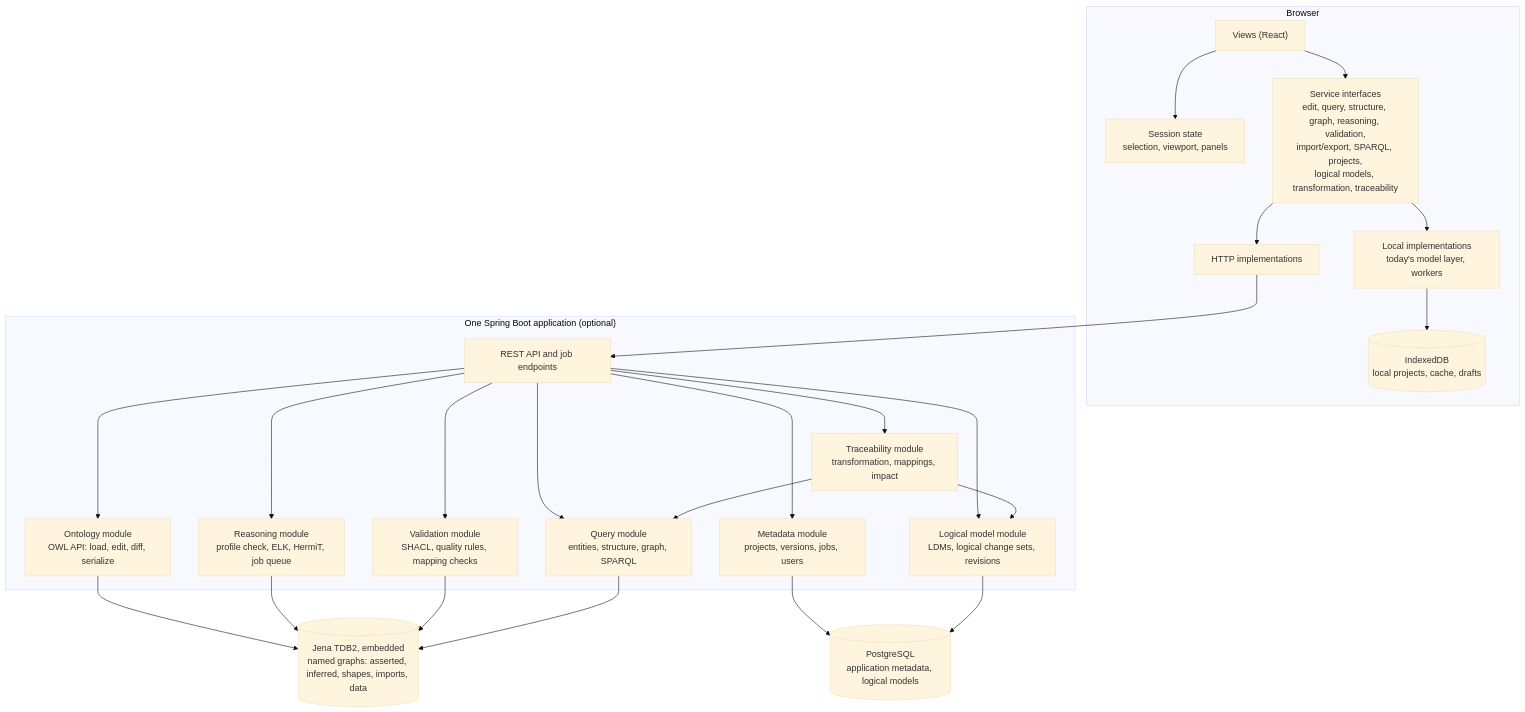
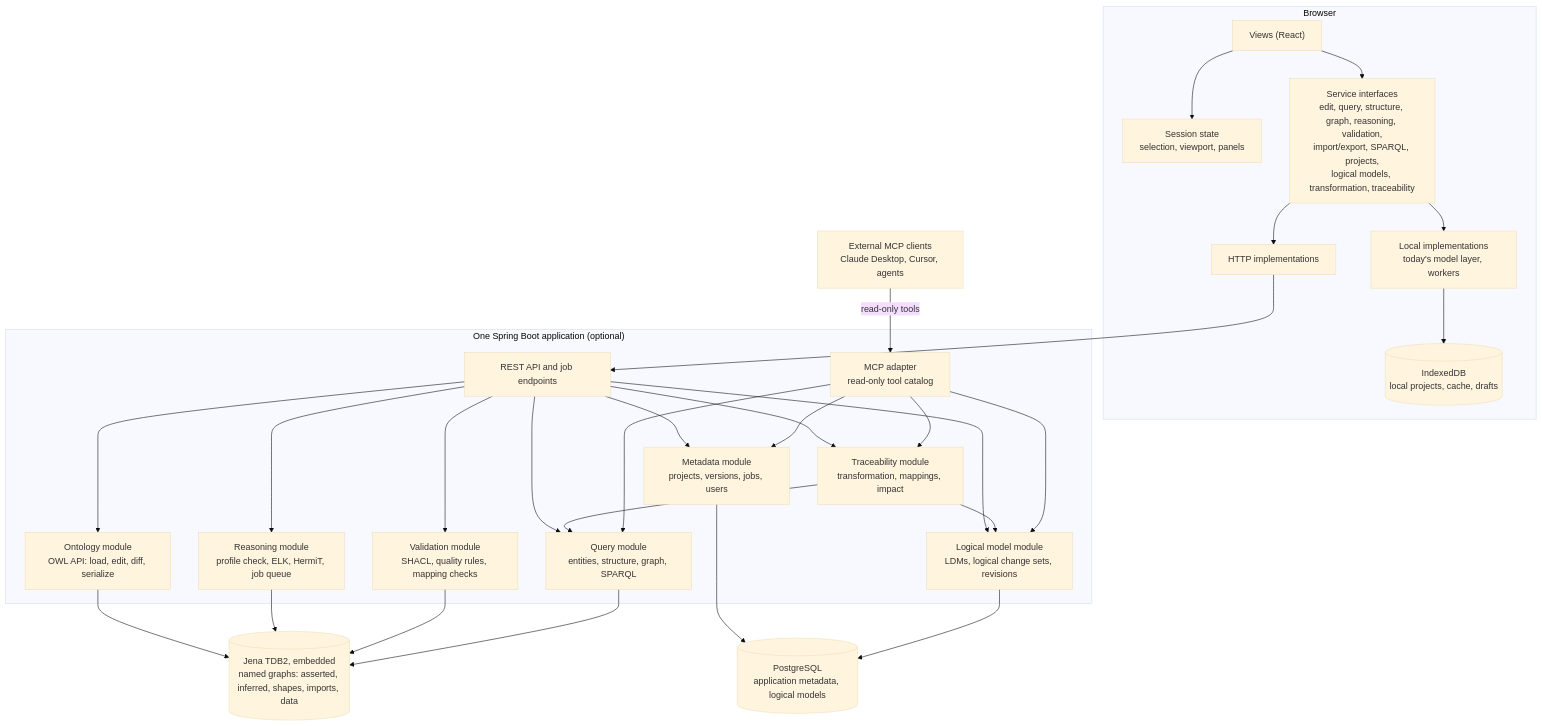
Before and after one commit to chestnzu1/conceptweaver: the second of 13 diagrams in docs/SYSTEM_ARCHITECTURE.md, drawn with Mermaid (base theme). The commit also changed other lines of this file and 81 other files, not shown here.

First line of the commit message:
Update mode, several diagrams and custom rules; element types in the LDM Entities workspace; a read-only MCP server on the roadmap; and Spring Boot parity for the OWL service (roadmap 2.12, 2.13, 5.8 docs, 3.1, 3.2)

````diff
--- a/docs/SYSTEM_ARCHITECTURE.md
+++ b/docs/SYSTEM_ARCHITECTURE.md
@@ -145,44 +145,51 @@
 ```mermaid
 flowchart TB
   subgraph Browser["Browser"]
     Views["Views (React)"]
     Session["Session state<br/>selection, viewport, panels"]
     Ports["Service interfaces<br/>edit, query, structure, graph, reasoning, validation,<br/>import/export, SPARQL, projects,<br/>logical models, transformation, traceability"]
     LocalImpl["Local implementations<br/>today's model layer, workers"]
     HttpImpl["HTTP implementations"]
     IDB[("IndexedDB<br/>local projects, cache, drafts")]
   end
+  McpClient["External MCP clients<br/>Claude Desktop, Cursor, agents"]
   subgraph Server["One Spring Boot application (optional)"]
     Api["REST API and job endpoints"]
+    Mcp["MCP adapter<br/>read-only tool catalog"]
     Onto["Ontology module<br/>OWL API: load, edit, diff, serialize"]
     Reason["Reasoning module<br/>profile check, ELK, HermiT, job queue"]
     Valid["Validation module<br/>SHACL, quality rules, mapping checks"]
     Query["Query module<br/>entities, structure, graph, SPARQL"]
     Meta["Metadata module<br/>projects, versions, jobs, users"]
     Logical["Logical model module<br/>LDMs, logical change sets, revisions"]
     Trace["Traceability module<br/>transformation, mappings, impact"]
   end
   TDB[("Jena TDB2, embedded<br/>named graphs: asserted, inferred, shapes, imports, data")]
   PG[("PostgreSQL<br/>application metadata, logical models")]
   Views --> Session
   Views --> Ports
   Ports --> LocalImpl
   Ports --> HttpImpl
   LocalImpl --> IDB
   HttpImpl --> Api
   Api --> Onto
   Api --> Reason
   Api --> Valid
   Api --> Query
   Api --> Meta
   Api --> Logical
   Api --> Trace
   Onto --> TDB
   Reason --> TDB
   Valid --> TDB
   Query --> TDB
   Meta --> PG
   Logical --> PG
   Trace --> Logical
   Trace --> Query
+  McpClient -->|"read-only tools"| Mcp
+  Mcp --> Query
+  Mcp --> Meta
+  Mcp --> Logical
+  Mcp --> Trace
 ```
````
